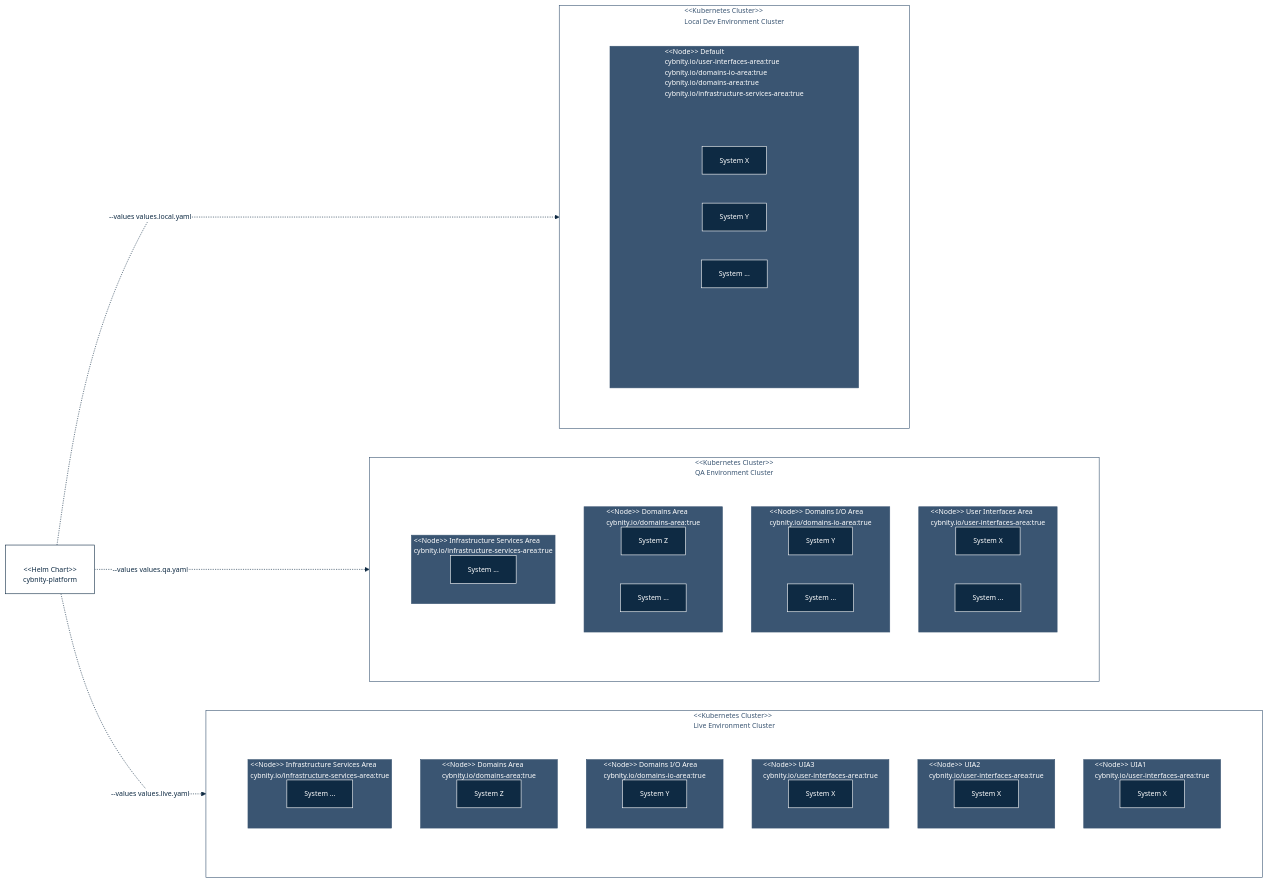
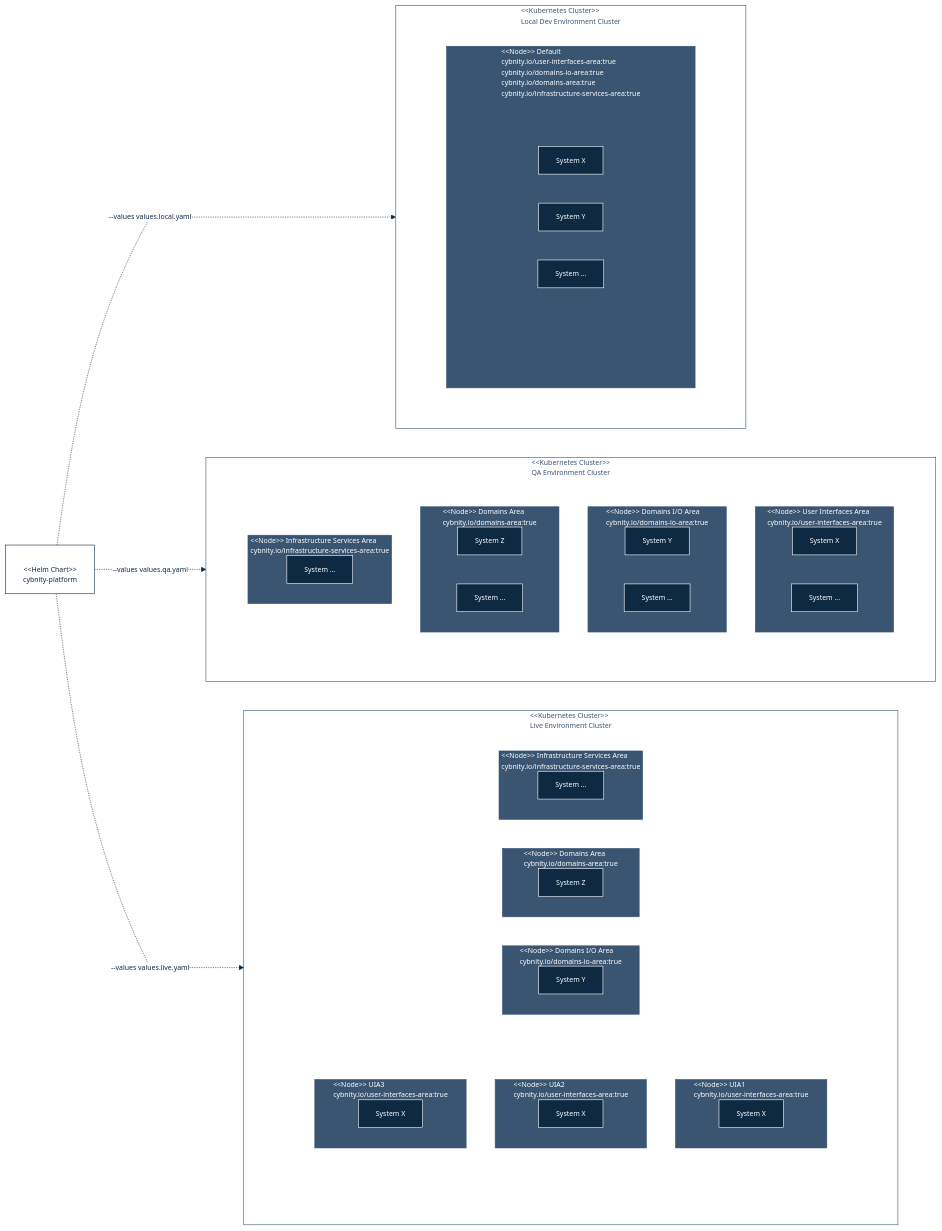
The first of 2 diagrams in cybnity-platform/README.md (doneisgood/iac-helm-charts), drawn with Mermaid before and after one commit.

````diff
--- a/cybnity-platform/README.md
+++ b/cybnity-platform/README.md
@@ -144,18 +144,21 @@
   subgraph clusterprod[" #60;#60;Kubernetes Cluster#62;#62; \n Live Environment Cluster "]
       direction LR
       subgraph layerset3[" "]
-         direction TB
-         subgraph ui3[" #60;#60;Node#62;#62; UIA1 \n cybnity.io/user-interfaces-area:true "]
-               direction LR
-               systemx3["System X"]
-         end
-         subgraph ui31[" #60;#60;Node#62;#62; UIA2 \n cybnity.io/user-interfaces-area:true "]
-               direction LR
-               systemx31["System X"]
-         end
-         subgraph ui311[" #60;#60;Node#62;#62; UIA3 \n cybnity.io/user-interfaces-area:true "]
-               direction LR
-               systemx311["System X"]
+         direction LR
+         subgraph layerset31[" "]
+            direction TB
+            subgraph ui3[" #60;#60;Node#62;#62; UIA1 \n cybnity.io/user-interfaces-area:true "]
+                  direction LR
+                  systemx3["System X"]
+            end
+            subgraph ui31[" #60;#60;Node#62;#62; UIA2 \n cybnity.io/user-interfaces-area:true "]
+                  direction LR
+                  systemx31["System X"]
+            end
+            subgraph ui311[" #60;#60;Node#62;#62; UIA3 \n cybnity.io/user-interfaces-area:true "]
+                  direction LR
+                  systemx311["System X"]
+            end
          end
          subgraph dio3[" #60;#60;Node#62;#62; Domains I/O Area \n cybnity.io/domains-io-area:true"]
                direction LR
@@ -183,6 +186,6 @@
   class clusterlocal,clusterqa,clusterprod medium;
   class is3,da3,dio3,ui3,ui31,ui311,is2,da2,dio2,ui2,unique1 mediumfill;
   class systemx,systemy,systemz,systemx2,systemx2next,systemy2,systemy2next,systemz2,systemz2next,systems2,systemx3,systemx31,systemx311,systemy3,systemz3,systems3 dark;
-  class layercomponents1,layercomponents2 transparent;
+  class layercomponents1,layercomponents2,layerset31 transparent;
 
 ```
````
